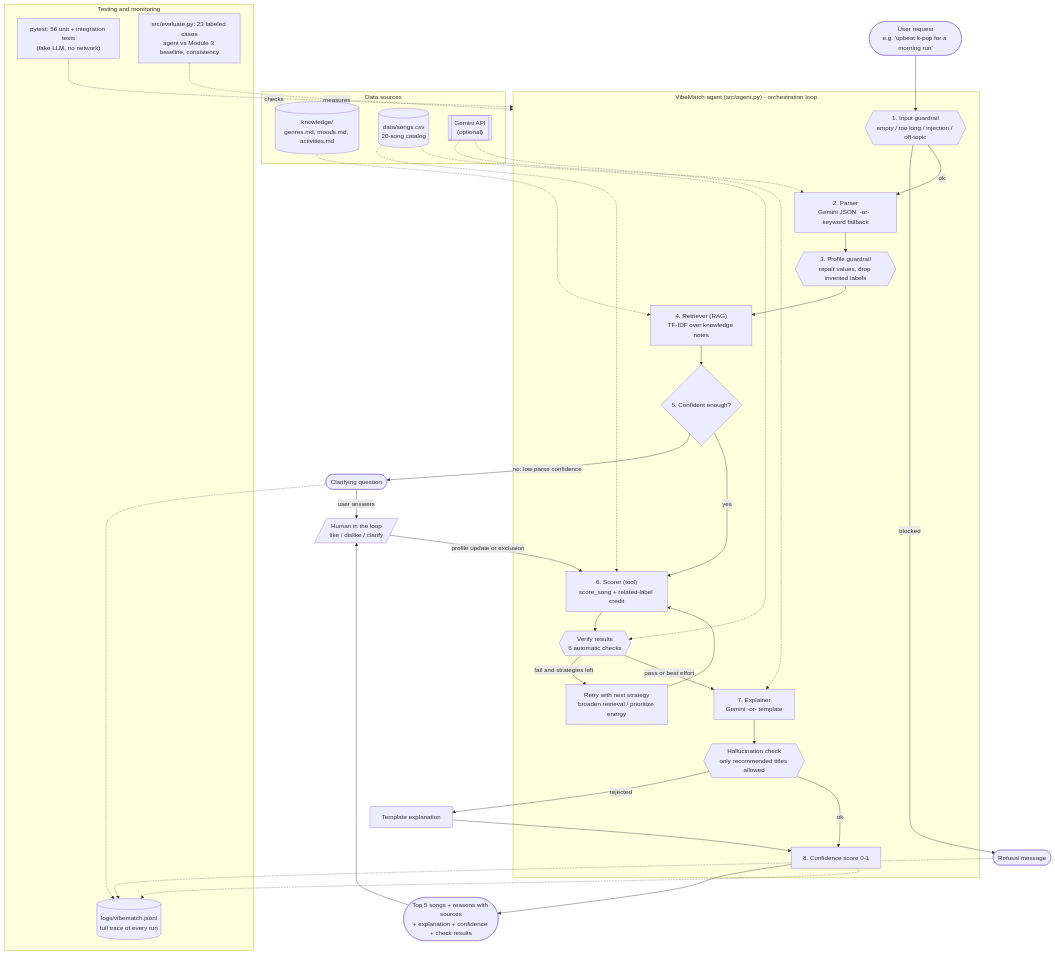
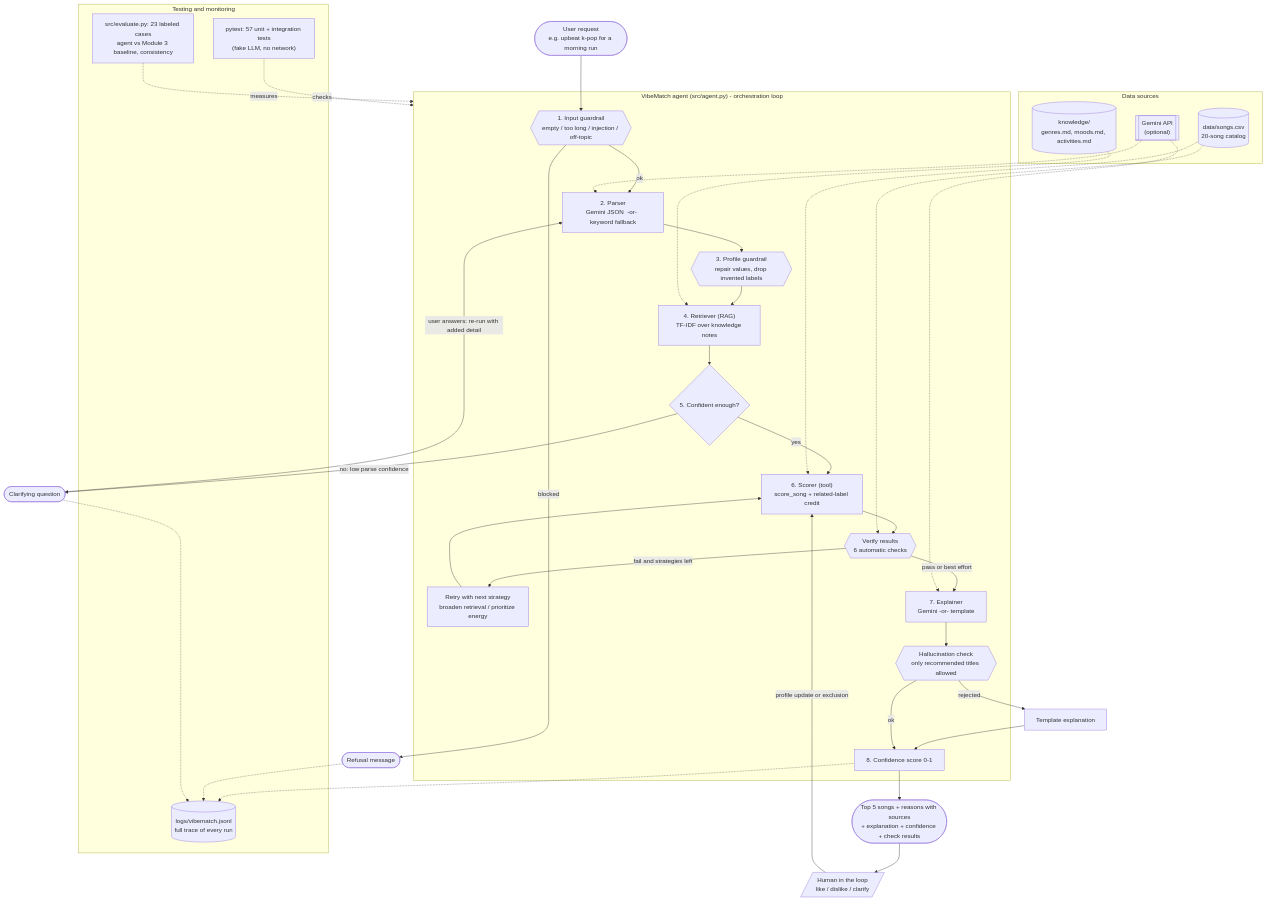
The diagram in diagrams/architecture.mmd (pavankalyan1436/applied-ai-system-final), drawn with Mermaid before and after one commit. The commit also changed 10 other files, not shown here.

```diff
--- a/diagrams/architecture.mmd
+++ b/diagrams/architecture.mmd
@@ -1,55 +1,55 @@
 %% VibeMatch system architecture
 %% Render: paste into https://mermaid.live or view on GitHub (diagrams/architecture.md)
 flowchart TD
-    U([User request<br/>e.g. 'upbeat k-pop for a morning run']) --> G1
+    U(["User request<br/>e.g. upbeat k-pop for a morning run"]) --> G1
 
     subgraph AGENT["VibeMatch agent (src/agent.py) - orchestration loop"]
         G1{{"1. Input guardrail<br/>empty / too long / injection / off-topic"}}
         P["2. Parser<br/>Gemini JSON  -or-  keyword fallback"]
         V{{"3. Profile guardrail<br/>repair values, drop invented labels"}}
         R["4. Retriever (RAG)<br/>TF-IDF over knowledge notes"]
         C{"5. Confident enough?"}
         S["6. Scorer (tool)<br/>score_song + related-label credit"]
         VF{{"Verify results<br/>6 automatic checks"}}
         RT["Retry with next strategy<br/>broaden retrieval / prioritize energy"]
         E["7. Explainer<br/>Gemini  -or-  template"]
         HC{{"Hallucination check<br/>only recommended titles allowed"}}
         CF["8. Confidence score 0-1"]
     end
 
-    G1 -- blocked --> BLK([Refusal message])
+    G1 -- blocked --> BLK(["Refusal message"])
     G1 -- ok --> P
     P --> V --> R --> C
-    C -- "no: low parse confidence" --> Q([Clarifying question])
-    Q -- user answers --> HUMAN
+    C -- "no: low parse confidence" --> Q(["Clarifying question"])
+    Q -- "user answers: re-run with added detail" --> P
     C -- yes --> S --> VF
     VF -- "fail and strategies left" --> RT --> S
     VF -- "pass or best effort" --> E --> HC
     HC -- "rejected" --> TPL["Template explanation"] --> CF
     HC -- "ok" --> CF
-    CF --> OUT([Top 5 songs + reasons with sources<br/>+ explanation + confidence + check results])
+    CF --> OUT(["Top 5 songs + reasons with sources<br/>+ explanation + confidence + check results"])
 
     OUT --> HUMAN[/"Human in the loop<br/>like / dislike / clarify"/]
     HUMAN -- "profile update or exclusion" --> S
 
     subgraph DATA["Data sources"]
         KB[("knowledge/<br/>genres.md, moods.md, activities.md")]
         CAT[("data/songs.csv<br/>20-song catalog")]
         LLM[["Gemini API<br/>(optional)"]]
     end
     KB -.-> R
     CAT -.-> S
     CAT -.-> VF
     LLM -.-> P
     LLM -.-> E
 
     subgraph QA["Testing and monitoring"]
         LOG[("logs/vibematch.jsonl<br/>full trace of every run")]
-        T["pytest: 56 unit + integration tests<br/>(fake LLM, no network)"]
+        T["pytest: 57 unit + integration tests<br/>(fake LLM, no network)"]
         EV["src/evaluate.py: 23 labeled cases<br/>agent vs Module 3 baseline, consistency"]
     end
     CF -.-> LOG
     BLK -.-> LOG
     Q -.-> LOG
     T -. checks .-> AGENT
     EV -. measures .-> AGENT
```
